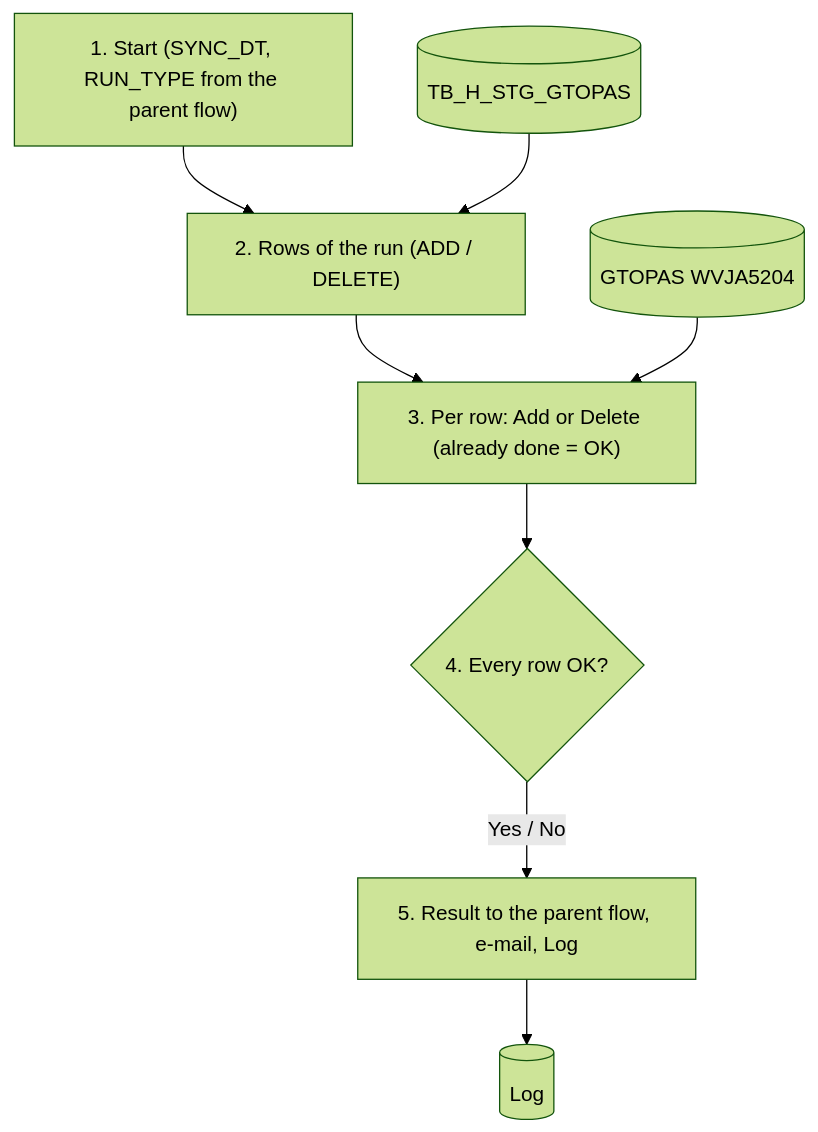
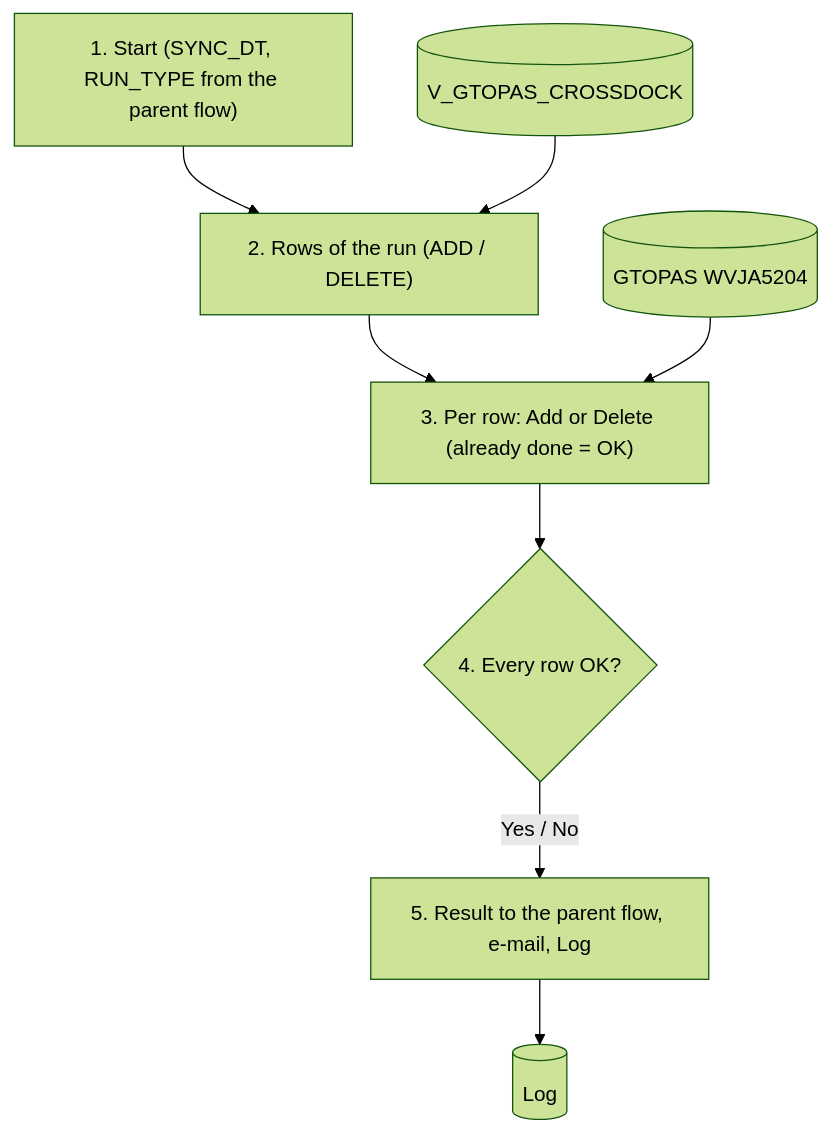
One commit to ivanrayhannn/crossdockpoc changed the first of 2 diagrams in prepare_code/knowledge/Crossdock_Sync_RPA_Knowledge.md. Above: the diagram before and after it, drawn with Mermaid (forest theme). The commit also changed other lines of this file and 39 other files, not shown here.

First line of the commit message:
Structure of the views; new view V_GTOPAS_CROSSDOCK for XD06

````diff
--- a/prepare_code/knowledge/Crossdock_Sync_RPA_Knowledge.md
+++ b/prepare_code/knowledge/Crossdock_Sync_RPA_Knowledge.md
@@ -412,18 +413,18 @@
 ```mermaid
 flowchart TB
   p1["1. Start (SYNC_DT, RUN_TYPE from the parent flow)"]
-  src[("TB_H_STG_GTOPAS")]
+  src[("V_GTOPAS_CROSSDOCK")]
   p2["2. Rows of the run (ADD / DELETE)"]
   gi[("GTOPAS WVJA5204")]
   p3["3. Per row: Add or Delete (already done = OK)"]
   d{"4. Every row OK?"}
   p5["5. Result to the parent flow, e-mail, Log"]
   log[("Log")]
   p1 --> p2
   src --> p2
   p2 --> p3
   gi --> p3
   p3 --> d
   d -->|Yes / No| p5
   p5 --> log
 ```
````
